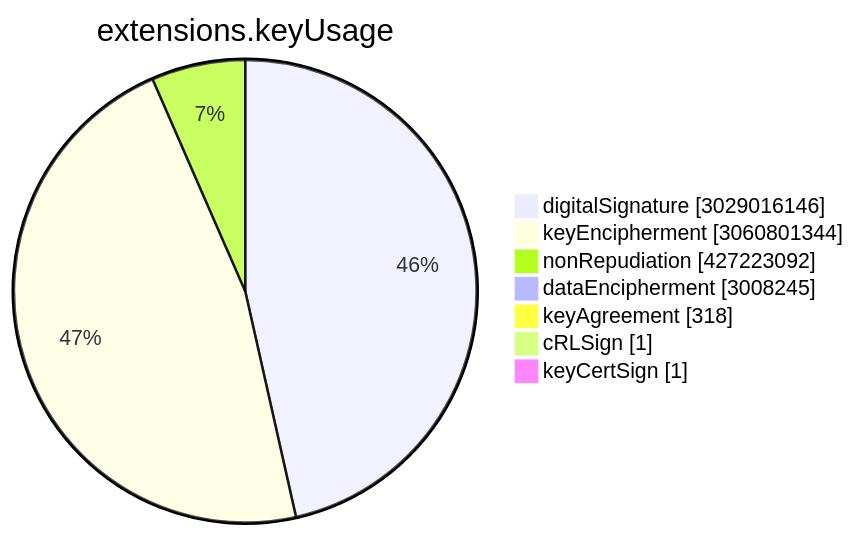
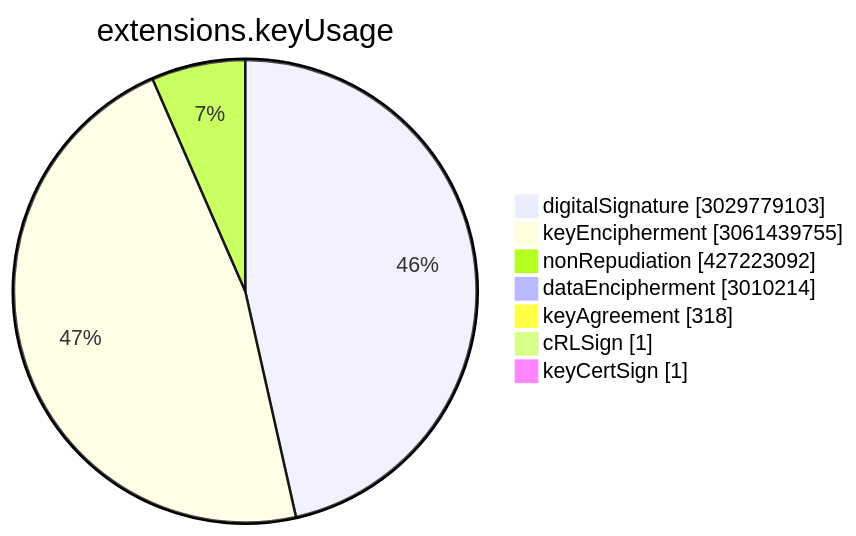
One commit to christiankrug/ctmonitor_visualization changed the sixth of 15 diagrams in TOTAL/README.md. Above: the diagram before and after it, drawn with Mermaid. The commit also changed other lines of this file, not shown here.

````diff
--- a/TOTAL/README.md
+++ b/TOTAL/README.md
@@ -3075,11 +3075,11 @@
 ```mermaid
 pie showData
 title extensions.keyUsage
-"digitalSignature" :3029016146
-"keyEncipherment" :3060801344
+"digitalSignature" :3029779103
+"keyEncipherment" :3061439755
 "nonRepudiation" :427223092
-"dataEncipherment" :3008245
+"dataEncipherment" :3010214
 "keyAgreement" :318
 "cRLSign" :1
 "keyCertSign" :1
 ```
````
